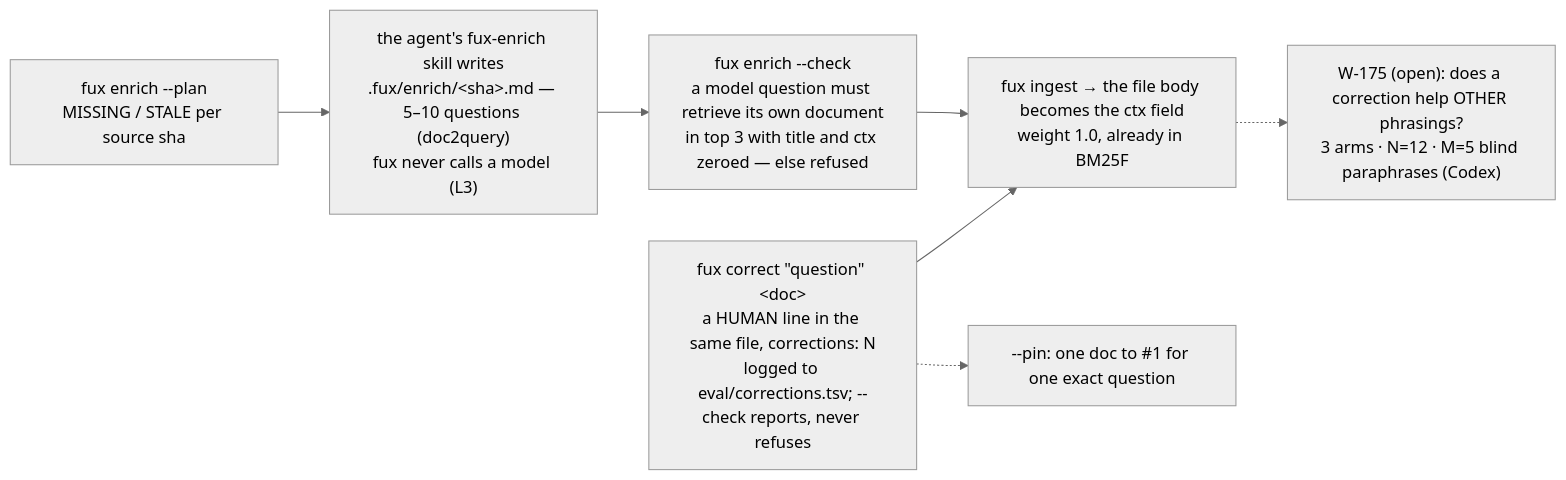
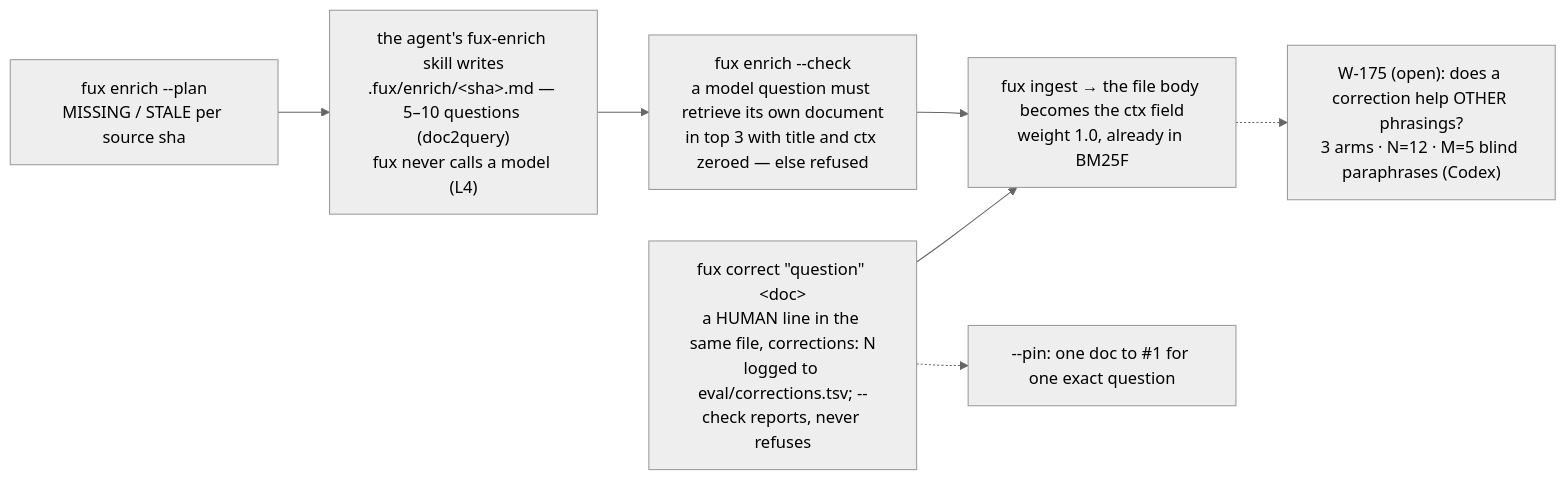
The fifth of 18 diagrams in docs/paper/the-fux-index-paper.md (arpitarya/fux), drawn with Mermaid (neutral theme) before and after one commit. The commit also changed other lines of this file and 351 other files, not shown here.

````diff
--- a/docs/paper/the-fux-index-paper.md
+++ b/docs/paper/the-fux-index-paper.md
@@ -347,14 +347,14 @@
 ```mermaid
 flowchart LR
   P["fux enrich --plan<br/>MISSING / STALE per source sha"]
-  A["the agent's fux-enrich skill writes<br/>.fux/enrich/&lt;sha&gt;.md — 5–10 questions (doc2query)<br/>fux never calls a model (L3)"]
+  A["the agent's fux-enrich skill writes<br/>.fux/enrich/&lt;sha&gt;.md — 5–10 questions (doc2query)<br/>fux never calls a model (L4)"]
   C["fux enrich --check<br/>a model question must retrieve its own document<br/>in top 3 with title and ctx zeroed — else refused"]
   H["fux correct &quot;question&quot; &lt;doc&gt;<br/>a HUMAN line in the same file, corrections: N<br/>logged to eval/corrections.tsv; --check reports, never refuses"]
   PIN["--pin: one doc to #1 for one exact question"]
   I["fux ingest → the file body becomes the ctx field<br/>weight 1.0, already in BM25F"]
   M["W-175 (open): does a correction help OTHER phrasings?<br/>3 arms · N=12 · M=5 blind paraphrases (Codex)"]
   P --> A --> C --> I
   H --> I
   H -.-> PIN
   I -.-> M
 ```
````
